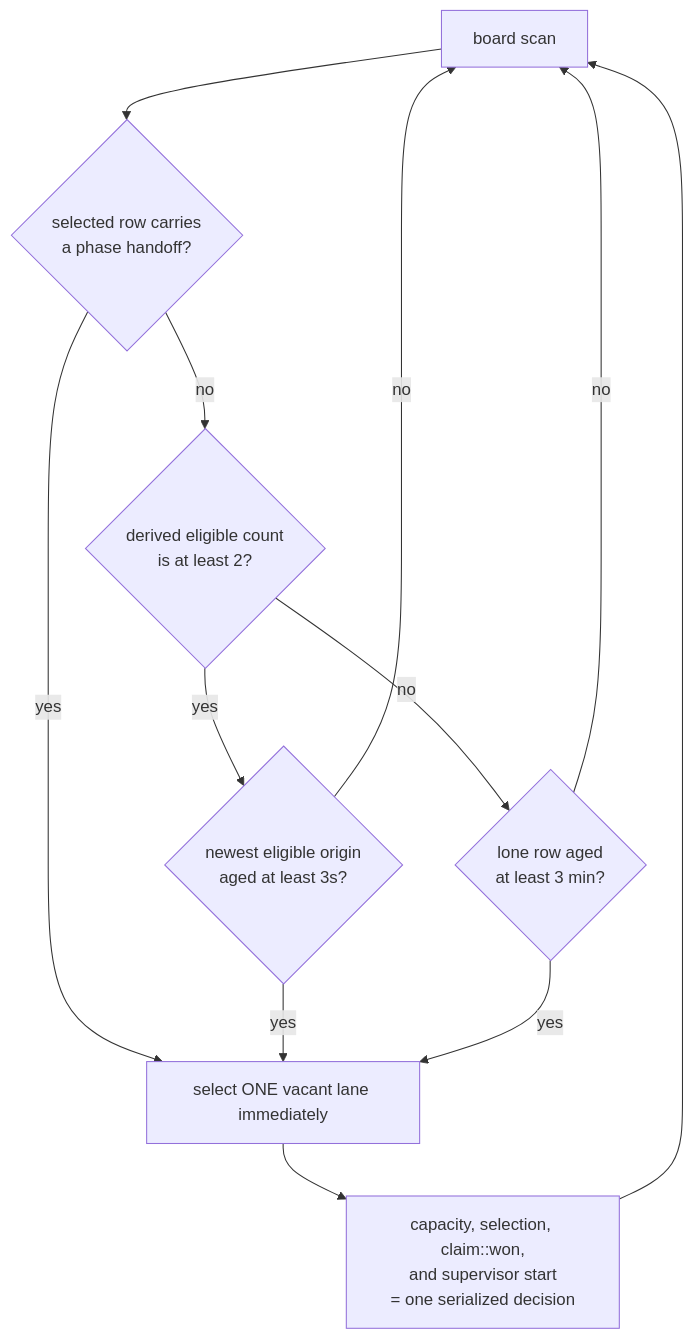
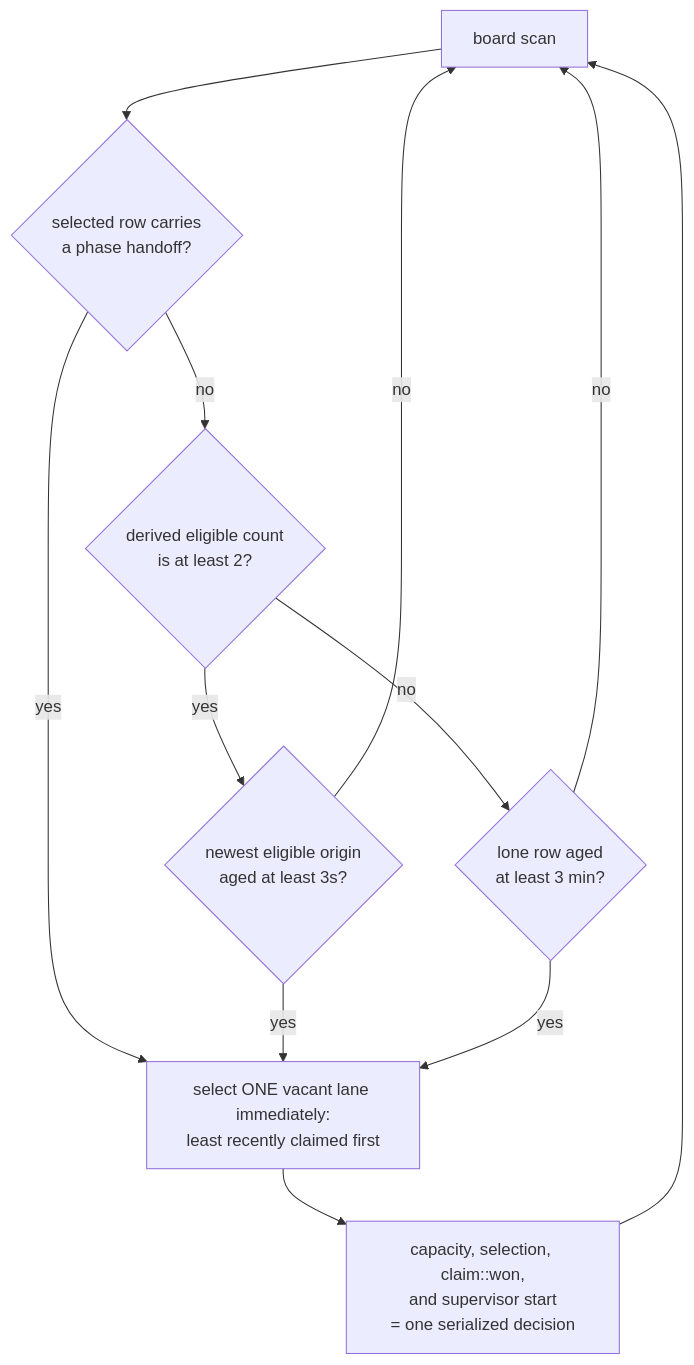
One commit to infimalabs/spice-rust changed diagram 12 of 17 in docs/product/loops.md. Above: the diagram before and after it, drawn with Mermaid. The commit also changed 3 other files, not shown here.

First line of the commit message:
ALLOCAT-dVVPHtDDV: Wake the least recently claimed vacant lane first

````diff
--- a/docs/product/loops.md
+++ b/docs/product/loops.md
@@ -321,14 +321,14 @@
 ```mermaid
 flowchart TD
   B["board scan"] --> H{"selected row carries<br/>a phase handoff?"}
-  H -- yes --> W["select ONE vacant lane immediately"]
+  H -- yes --> W["select ONE vacant lane immediately:<br/>least recently claimed first"]
   H -- no --> R{"derived eligible count<br/>is at least 2?"}
   R -- yes --> S{"newest eligible origin<br/>aged at least 3s?"}
   R -- no --> L{"lone row aged<br/>at least 3 min?"}
   S -- yes --> W
   S -- no --> B
   L -- yes --> W
   L -- no --> B
   W --> C["capacity, selection, claim::won,<br/>and supervisor start<br/>= one serialized decision"]
   C --> B
 ```
````
